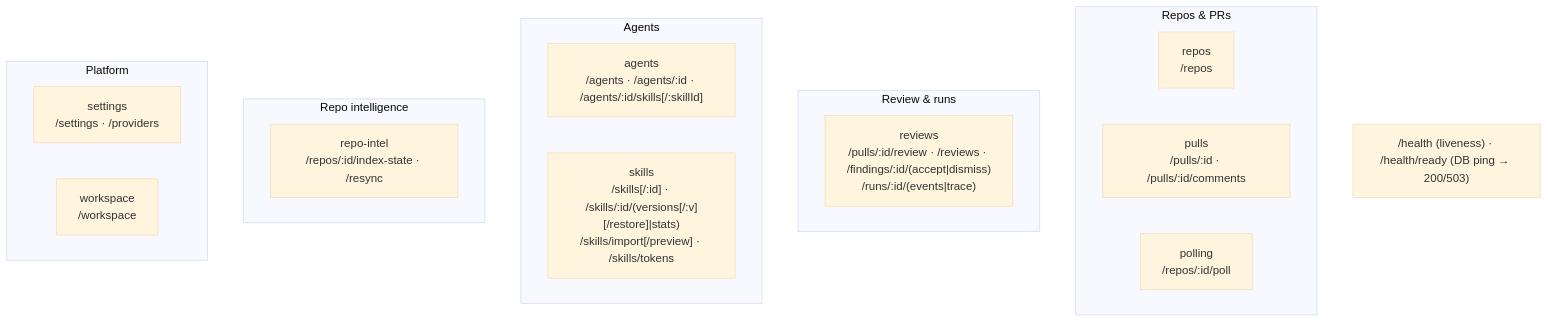
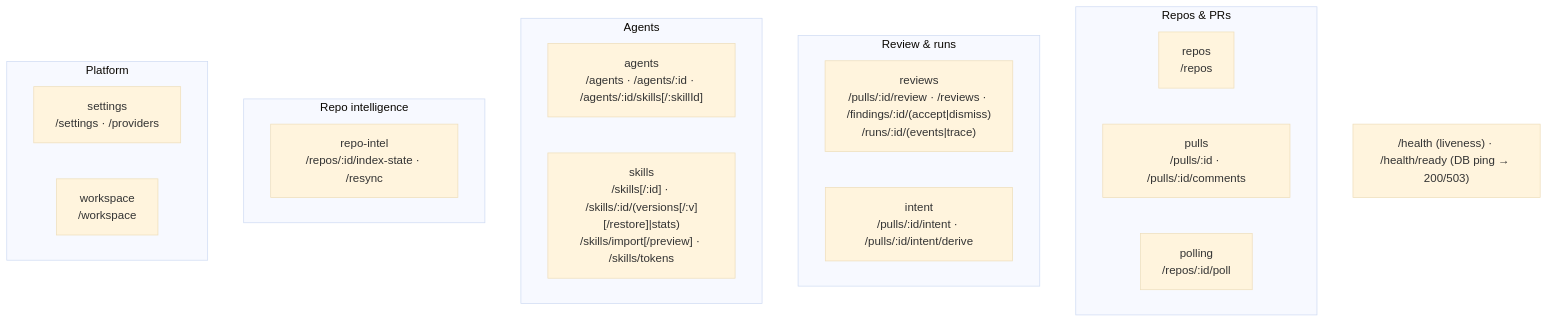
One commit to shofulk/dev-digest changed the second of 2 diagrams in server/README.md. Above: the diagram before and after it, drawn with Mermaid (base theme). The commit also changed other lines of this file and 59 other files, not shown here.

````diff
--- a/server/README.md
+++ b/server/README.md
@@ -64,23 +64,24 @@
 ```mermaid
 flowchart TB
   subgraph Repos_PRs["Repos & PRs"]
     repos["repos<br/>/repos"]
     pulls["pulls<br/>/pulls/:id · /pulls/:id/comments"]
     polling["polling<br/>/repos/:id/poll"]
   end
   subgraph Review["Review & runs"]
     reviews["reviews<br/>/pulls/:id/review · /reviews · /findings/:id/(accept|dismiss)<br/>/runs/:id/(events|trace)"]
+    intent["intent<br/>/pulls/:id/intent · /pulls/:id/intent/derive"]
   end
   subgraph Agents["Agents"]
     agents["agents<br/>/agents · /agents/:id · /agents/:id/skills[/:skillId]"]
     skills["skills<br/>/skills[/:id] · /skills/:id/(versions[/:v][/restore]|stats)<br/>/skills/import[/preview] · /skills/tokens"]
   end
   subgraph Intel["Repo intelligence"]
     repoIntel["repo-intel<br/>/repos/:id/index-state · /resync"]
   end
   subgraph Platform["Platform"]
     settings["settings<br/>/settings · /providers"]
     workspace["workspace<br/>/workspace"]
   end
   HEALTH["/health (liveness) · /health/ready (DB ping → 200/503)"]
 ```
````
